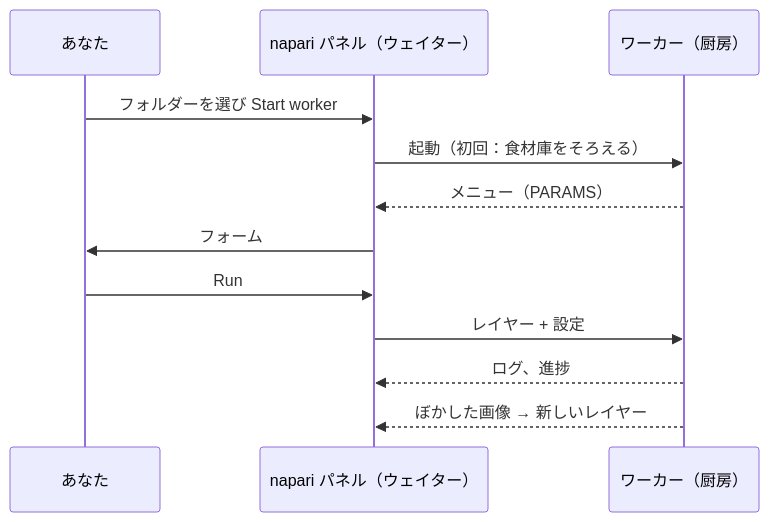
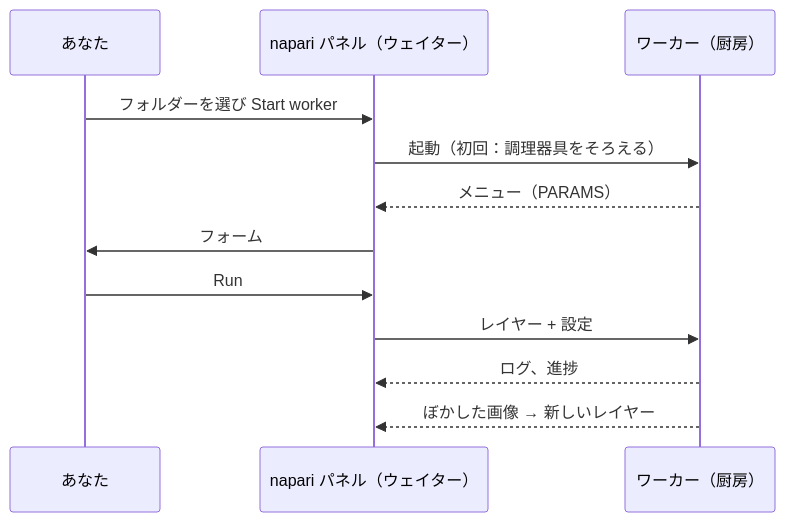
The diagram in guide/napari/first-run.ja.md (Oxford-Zeiss-Centre-of-Excellence/Wavu), drawn with Mermaid before and after one commit. The commit also changed other lines of this file and 221 other files, not shown here.

````diff
--- a/guide/napari/first-run.ja.md
+++ b/guide/napari/first-run.ja.md
@@ -11,14 +11,14 @@
 ```mermaid
 sequenceDiagram
     participant You as あなた
     participant N as napari パネル（ウェイター）
     participant W as ワーカー（厨房）
     You->>N: フォルダーを選び Start worker
-    N->>W: 起動（初回：食材庫をそろえる）
+    N->>W: 起動（初回：調理器具をそろえる）
     W-->>N: メニュー（PARAMS）
     N->>You: フォーム
     You->>N: Run
     N->>W: レイヤー + 設定
     W-->>N: ログ、進捗
     W-->>N: ぼかした画像 → 新しいレイヤー
 ```
````
